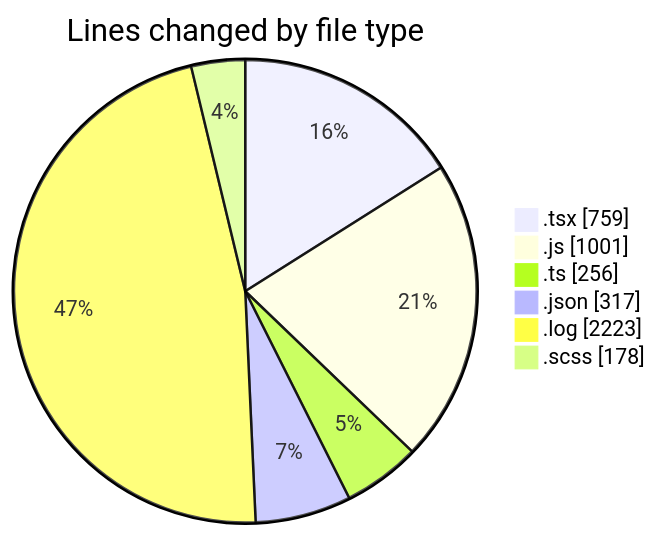
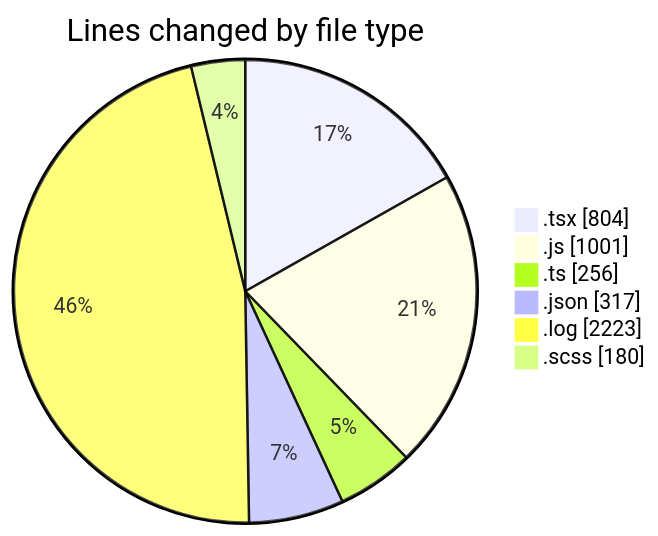
The first of 2 diagrams in 2026-04-17/cda/README.md (momahboobian/code-tracking), drawn with Mermaid before and after one commit. The commit also changed other lines of this file and 1 other file, not shown here.

````diff
--- a/2026-04-17/cda/README.md
+++ b/2026-04-17/cda/README.md
@@ -37,10 +37,10 @@
 ```mermaid
 pie showData
 title Lines changed by file type
-".tsx" : 759
+".tsx" : 804
 ".js" : 1001
 ".ts" : 256
 ".json" : 317
 ".log" : 2223
-".scss" : 178
+".scss" : 180
 ```
````
